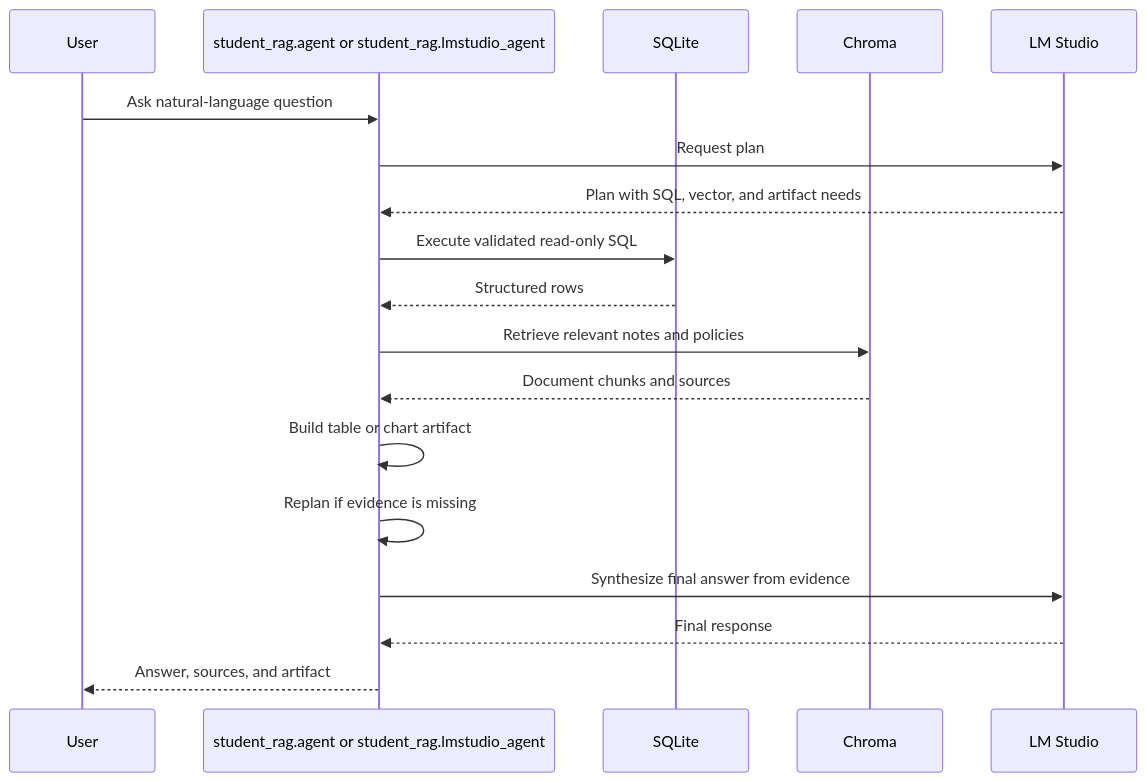
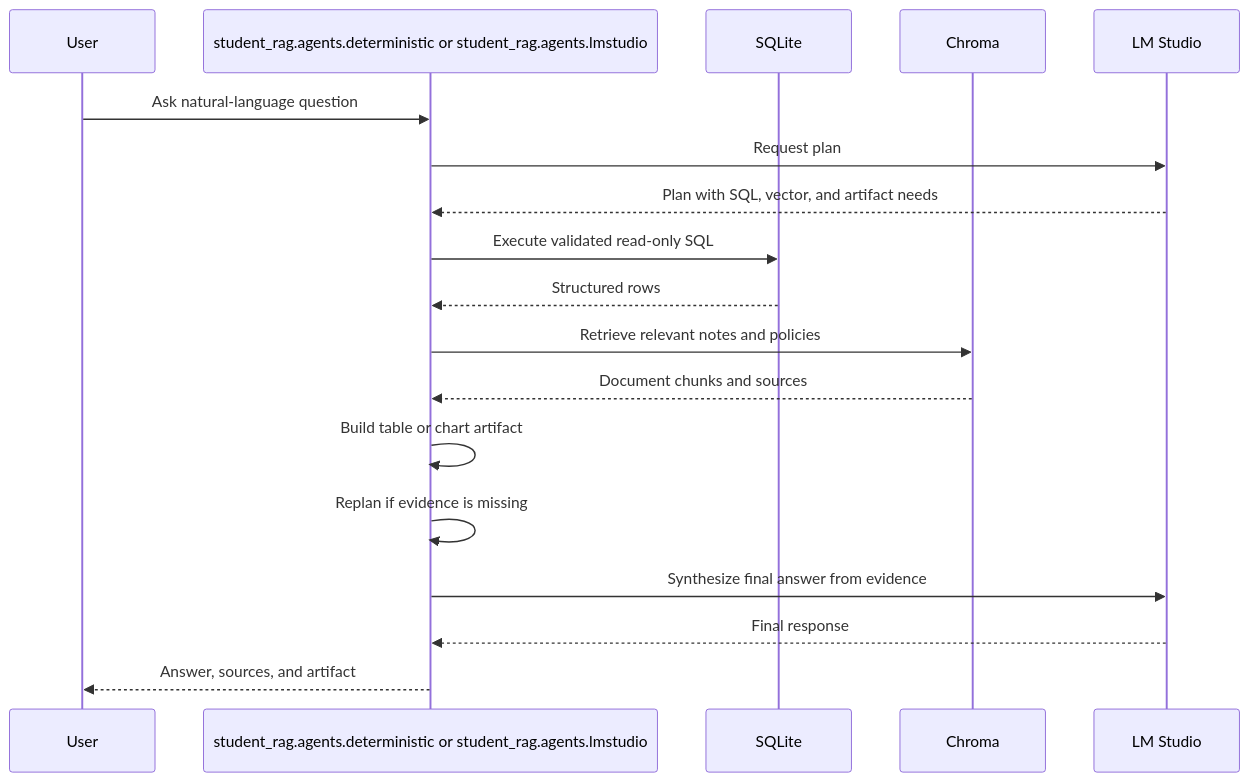
One commit to DuongPhanHoai/rag_assistant changed the second of 3 diagrams in docs/DESIGN.md. Above: the diagram before and after it, drawn with Mermaid. The commit also changed other lines of this file and 20 other files, not shown here.

````diff
--- a/docs/DESIGN.md
+++ b/docs/DESIGN.md
@@ -187,21 +191,21 @@
 ```mermaid
 sequenceDiagram
     participant User
-    participant Agent as student_rag.agent or student_rag.lmstudio_agent
+    participant Agent as student_rag.agents.deterministic or student_rag.agents.lmstudio
     participant SQLite as SQLite
     participant Chroma as Chroma
     participant LLM as LM Studio
 
     User->>Agent: Ask natural-language question
     Agent->>LLM: Request plan
     LLM-->>Agent: Plan with SQL, vector, and artifact needs
     Agent->>SQLite: Execute validated read-only SQL
     SQLite-->>Agent: Structured rows
     Agent->>Chroma: Retrieve relevant notes and policies
     Chroma-->>Agent: Document chunks and sources
     Agent->>Agent: Build table or chart artifact
     Agent->>Agent: Replan if evidence is missing
     Agent->>LLM: Synthesize final answer from evidence
     LLM-->>Agent: Final response
     Agent-->>User: Answer, sources, and artifact
 ```
````
